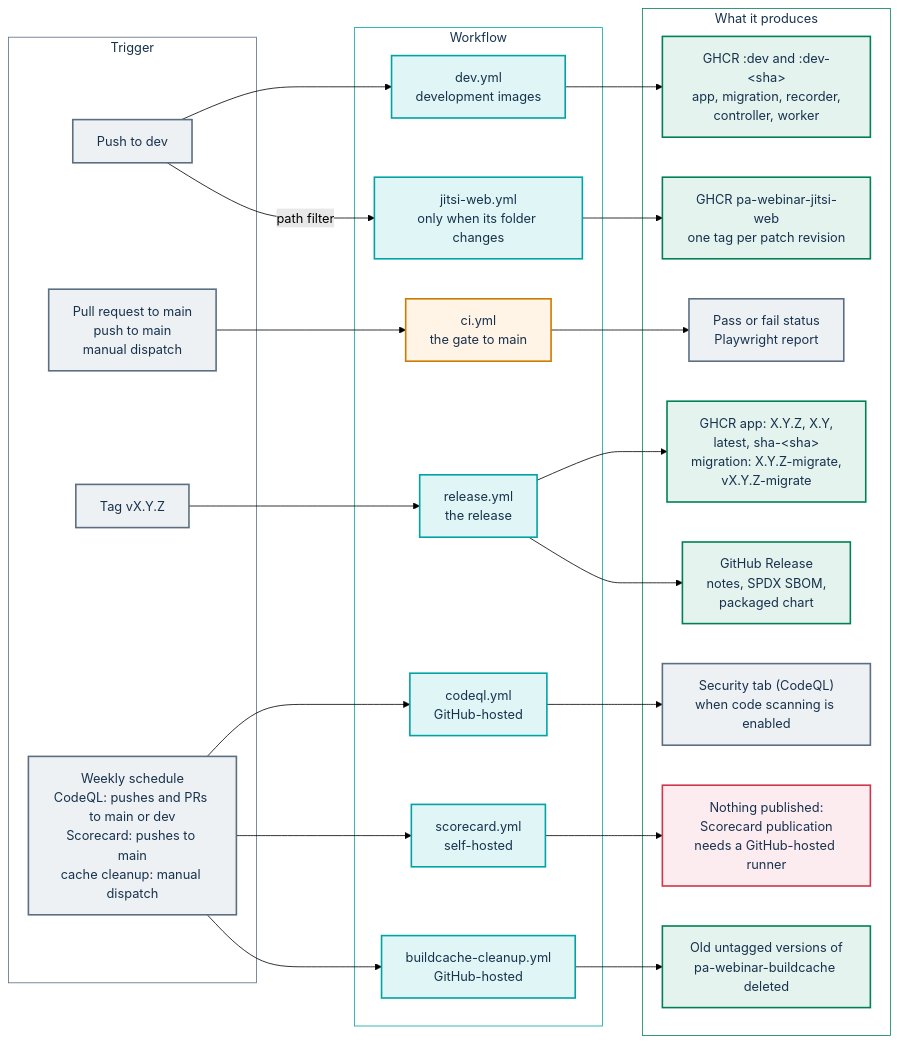
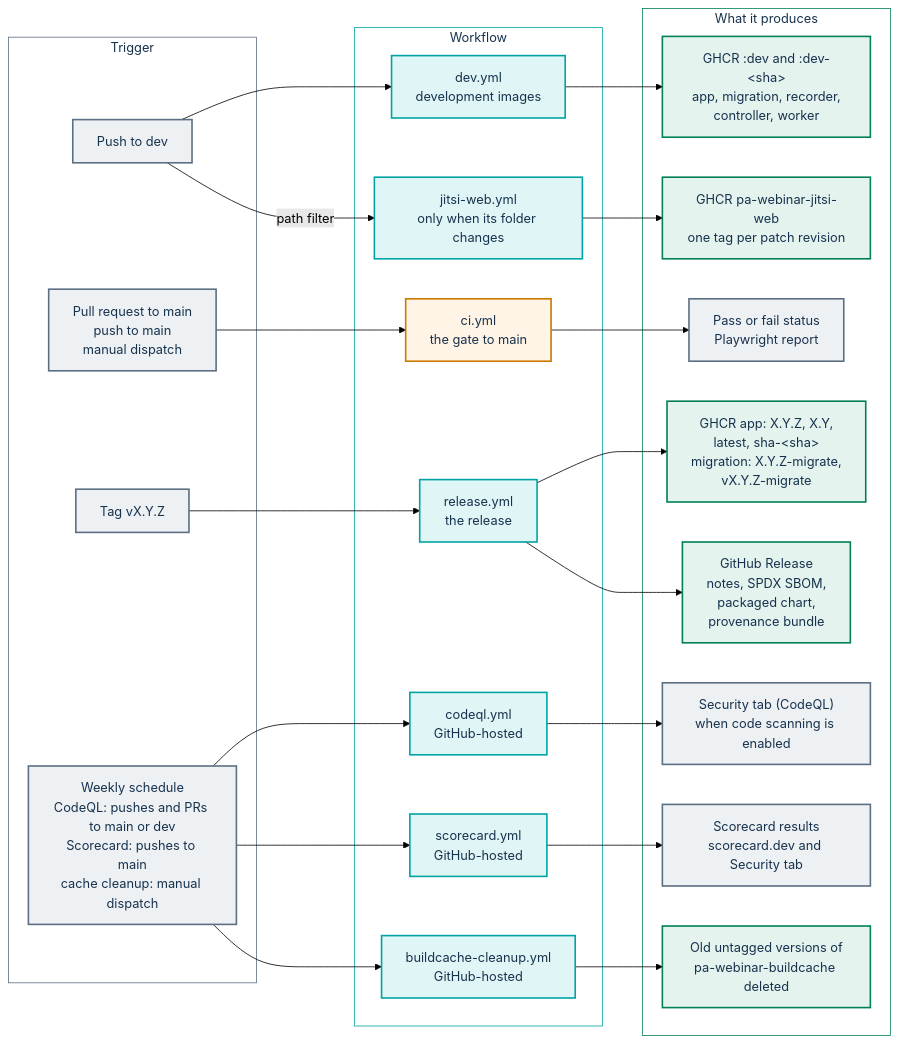
Before and after one commit to italia/pa-webinar: the first of 3 diagrams in docs/development/ci-and-release.md, drawn with Mermaid (forest theme). The commit also changed other lines of this file and 2 other files, not shown here.

````diff
--- a/docs/development/ci-and-release.md
+++ b/docs/development/ci-and-release.md
@@ -25,55 +25,55 @@
 ```mermaid
 flowchart LR
   subgraph events["Trigger"]
     pushdev["Push to dev"]:::ext
     toMain["Pull request to main<br/>push to main<br/>manual dispatch"]:::ext
     tag["Tag vX.Y.Z"]:::ext
     weekly["Weekly schedule<br/>CodeQL: pushes and PRs to main or dev<br/>Scorecard: pushes to main<br/>cache cleanup: manual dispatch"]:::ext
   end
 
   subgraph workflows["Workflow"]
     dev["dev.yml<br/>development images"]:::job
     jweb["jitsi-web.yml<br/>only when its folder changes"]:::job
     ci["ci.yml<br/>the gate to main"]:::gate
     rel["release.yml<br/>the release"]:::job
     codeql["codeql.yml<br/>GitHub-hosted"]:::job
-    score["scorecard.yml<br/>self-hosted"]:::job
+    score["scorecard.yml<br/>GitHub-hosted"]:::job
     clean["buildcache-cleanup.yml<br/>GitHub-hosted"]:::job
   end
 
   subgraph outputs["What it produces"]
     devimg["GHCR :dev and :dev-&lt;sha&gt;<br/>app, migration, recorder,<br/>controller, worker"]:::data
     webimg["GHCR pa-webinar-jitsi-web<br/>one tag per patch revision"]:::data
     checks["Pass or fail status<br/>Playwright report"]:::ext
     relimg["GHCR app: X.Y.Z, X.Y,<br/>latest, sha-&lt;sha&gt;<br/>migration: X.Y.Z-migrate,<br/>vX.Y.Z-migrate"]:::data
-    ghrel["GitHub Release<br/>notes, SPDX SBOM,<br/>packaged chart"]:::data
+    ghrel["GitHub Release<br/>notes, SPDX SBOM,<br/>packaged chart,<br/>provenance bundle"]:::data
     sec["Security tab (CodeQL)<br/>when code scanning is enabled"]:::ext
-    nopub["Nothing published:<br/>Scorecard publication<br/>needs a GitHub-hosted runner"]:::warn
+    scorepub["Scorecard results<br/>scorecard.dev and Security tab"]:::ext
     pruned["Old untagged versions of<br/>pa-webinar-buildcache deleted"]:::data
   end
 
   pushdev --> dev
   pushdev -->|"path filter"| jweb
   toMain --> ci
   tag --> rel
   weekly --> codeql
   weekly --> score
   weekly --> clean
   dev --> devimg
   jweb --> webimg
   ci --> checks
   rel --> relimg
   rel --> ghrel
   codeql --> sec
-  score --> nopub
+  score --> scorepub
   clean --> pruned
 
   classDef ext fill:#EEF1F4,stroke:#5C6F82,color:#17324D,stroke-width:2px
   classDef job fill:#E0F5F5,stroke:#00A3A3,color:#17324D,stroke-width:2px
   classDef gate fill:#FFF4E5,stroke:#CC7A00,color:#17324D,stroke-width:2px
   classDef data fill:#E5F3EE,stroke:#008055,color:#17324D,stroke-width:2px
   classDef warn fill:#FDECEF,stroke:#D1344C,color:#17324D,stroke-width:2px
   style events fill:#FFFFFF,stroke:#5C6F82,color:#17324D
   style workflows fill:#FFFFFF,stroke:#00A3A3,color:#17324D
   style outputs fill:#FFFFFF,stroke:#008055,color:#17324D
 ```
````
